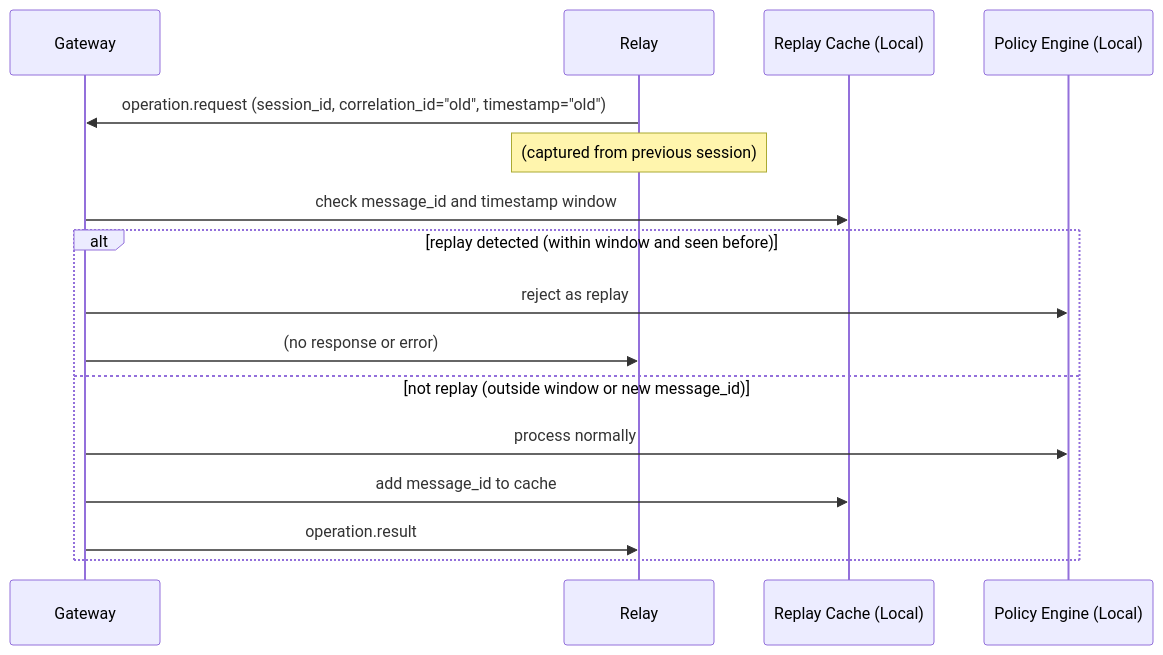
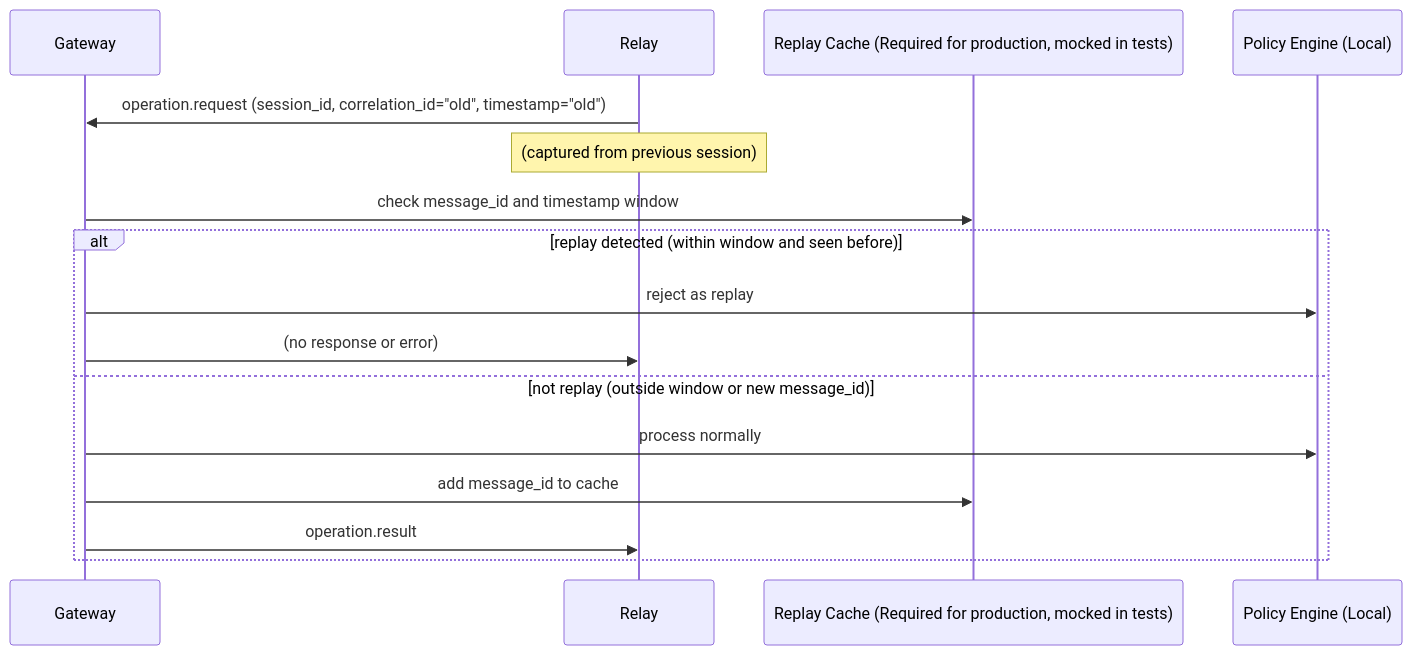
The fifth of 8 diagrams in docs/security/sequence-diagrams.md (oaslananka/kicad-mcp-pro-gateway), drawn with Mermaid before and after one commit. The commit also changed other lines of this file and 15 other files, not shown here.

Commit message:
docs: add outbound relay security contract, sequence diagrams, and abuse fixtures; fix contract to separate current/testable from normative production

````diff
--- a/docs/security/sequence-diagrams.md
+++ b/docs/security/sequence-diagrams.md
@@ -113,19 +113,19 @@
 ```mermaid
 sequenceDiagram
     participant Gateway
     participant Relay
-    participant ReplayCache as Replay Cache (Local)
+    participant ReplayCache as Replay Cache (Required for production, mocked in tests)
     participant PolicyEngine as Policy Engine (Local)
 
     Relay->>Gateway: operation.request (session_id, correlation_id="old", timestamp="old")
     Note over Relay: (captured from previous session)
     Gateway->>ReplayCache: check message_id and timestamp window
     alt replay detected (within window and seen before)
         Gateway->>PolicyEngine: reject as replay
         Gateway->>Relay: (no response or error)
     else not replay (outside window or new message_id)
         Gateway->>PolicyEngine: process normally
         Gateway->>ReplayCache: add message_id to cache
         Gateway->>Relay: operation.result
     end
 ```
````
